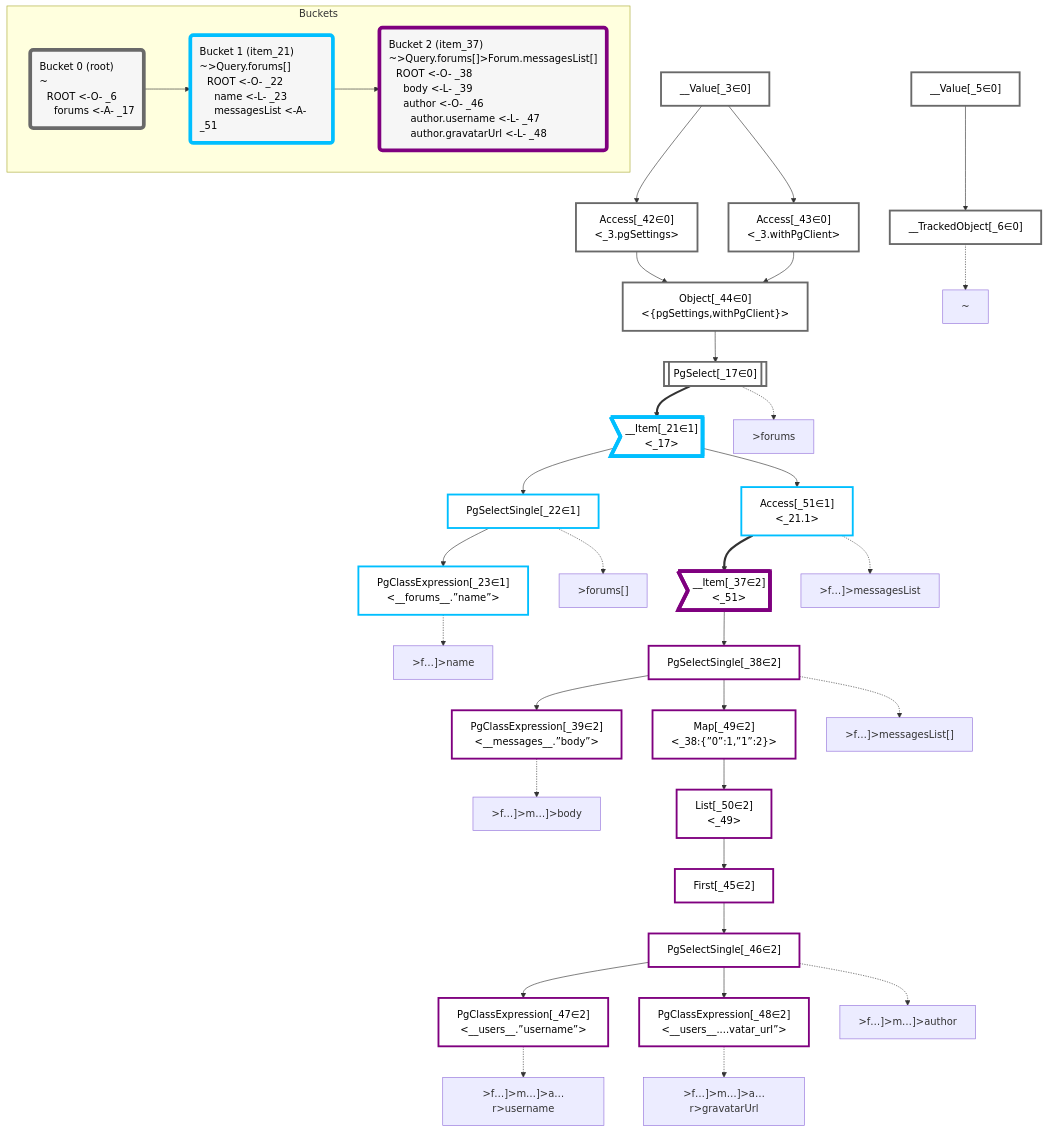
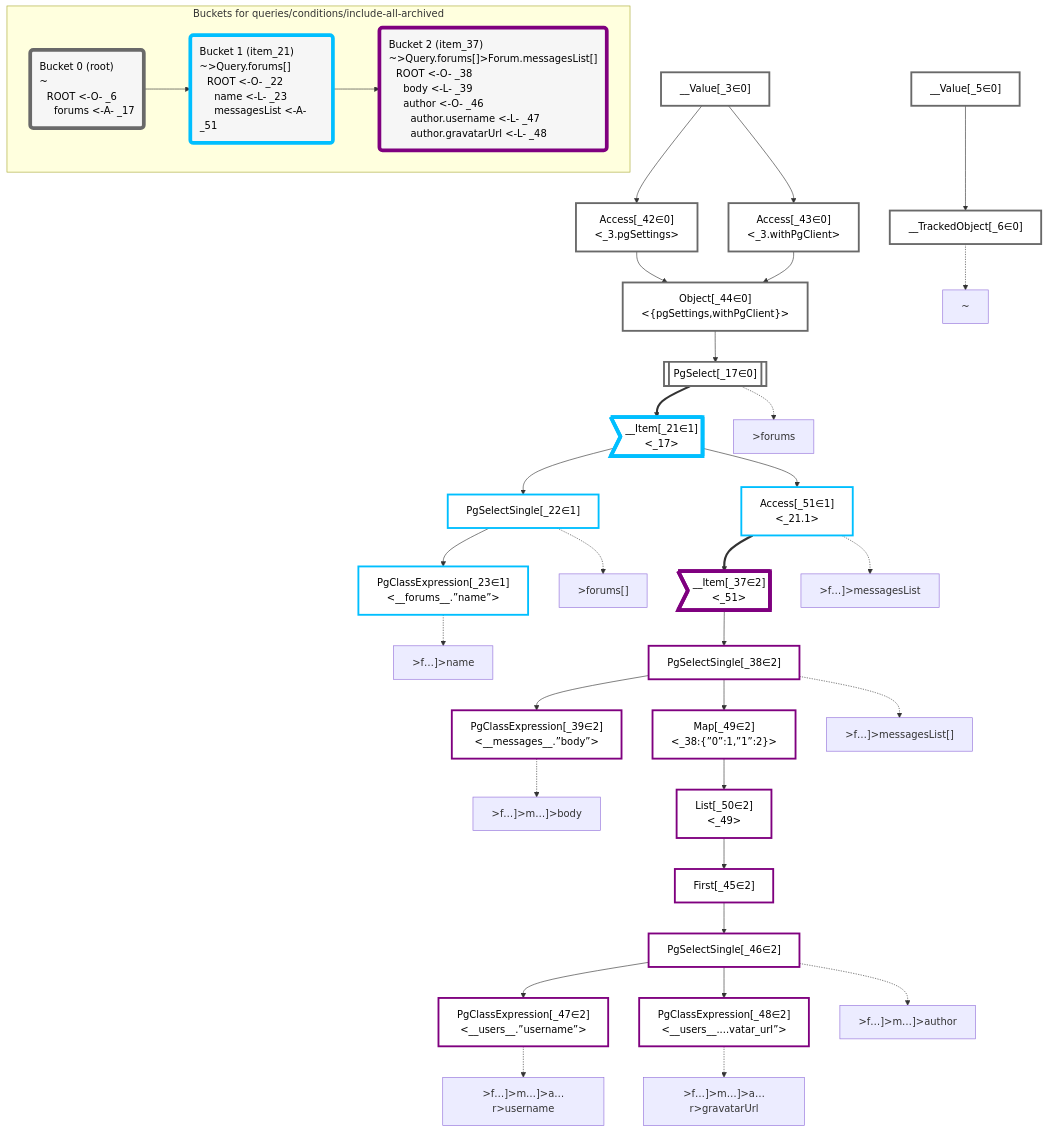
One commit to graphile/crystal changed the diagram in packages/dataplan-pg/__tests__/queries/conditions/include-all-archived.mermaid.md. Above: the diagram before and after it, drawn with Mermaid. The commit also changed 195 other files, not shown here.

```diff
--- a/packages/dataplan-pg/__tests__/queries/conditions/include-all-archived.mermaid.md
+++ b/packages/dataplan-pg/__tests__/queries/conditions/include-all-archived.mermaid.md
@@ -80,7 +80,7 @@
     classDef bucket2 stroke:#7f007f
     class __Item_37,PgSelectSingle_38,PgClassExpression_39,First_45,PgSelectSingle_46,PgClassExpression_47,PgClassExpression_48,Map_49,List_50 bucket2
 
-    subgraph Buckets
+    subgraph "Buckets for queries/conditions/include-all-archived"
     Bucket0("Bucket 0 (root)<br />~<br />⠀ROOT <-O- _6<br />⠀⠀forums <-A- _17"):::bucket
     style Bucket0 stroke:#696969
     Bucket1("Bucket 1 (item_21)<br />~>Query.forums[]<br />⠀ROOT <-O- _22<br />⠀⠀name <-L- _23<br />⠀⠀messagesList <-A- _51"):::bucket
```
